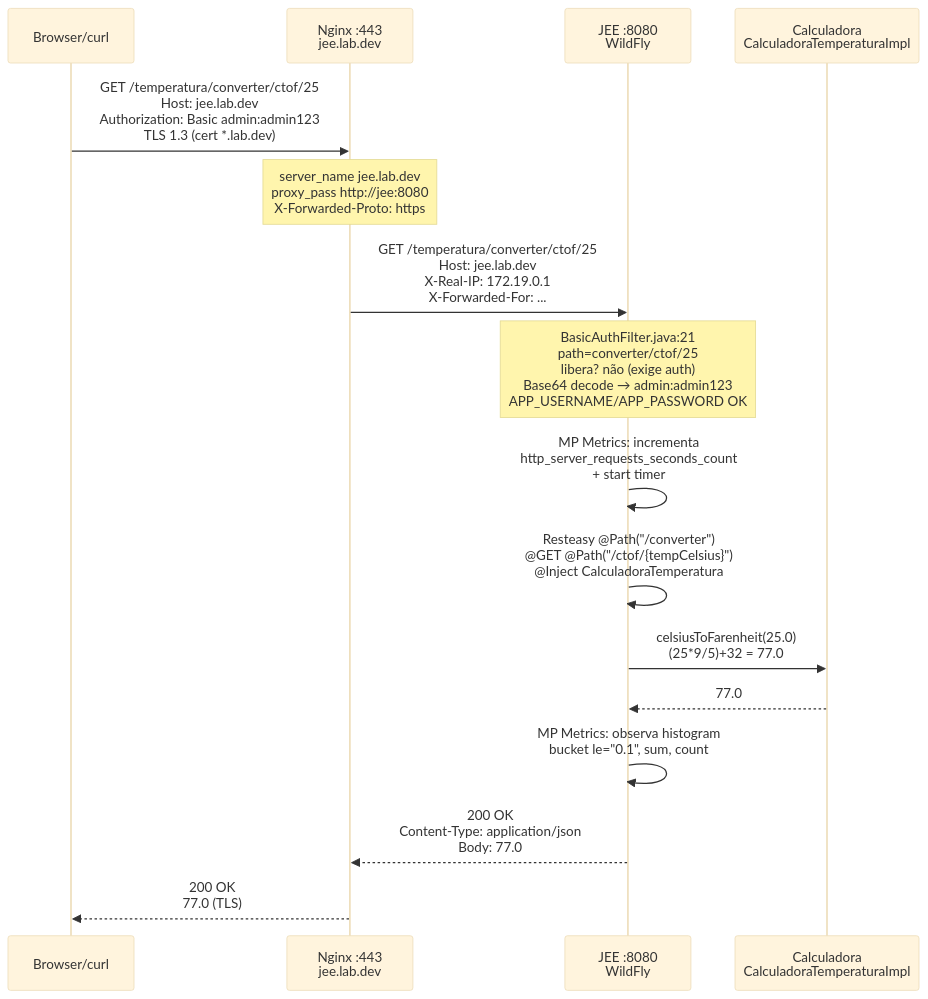
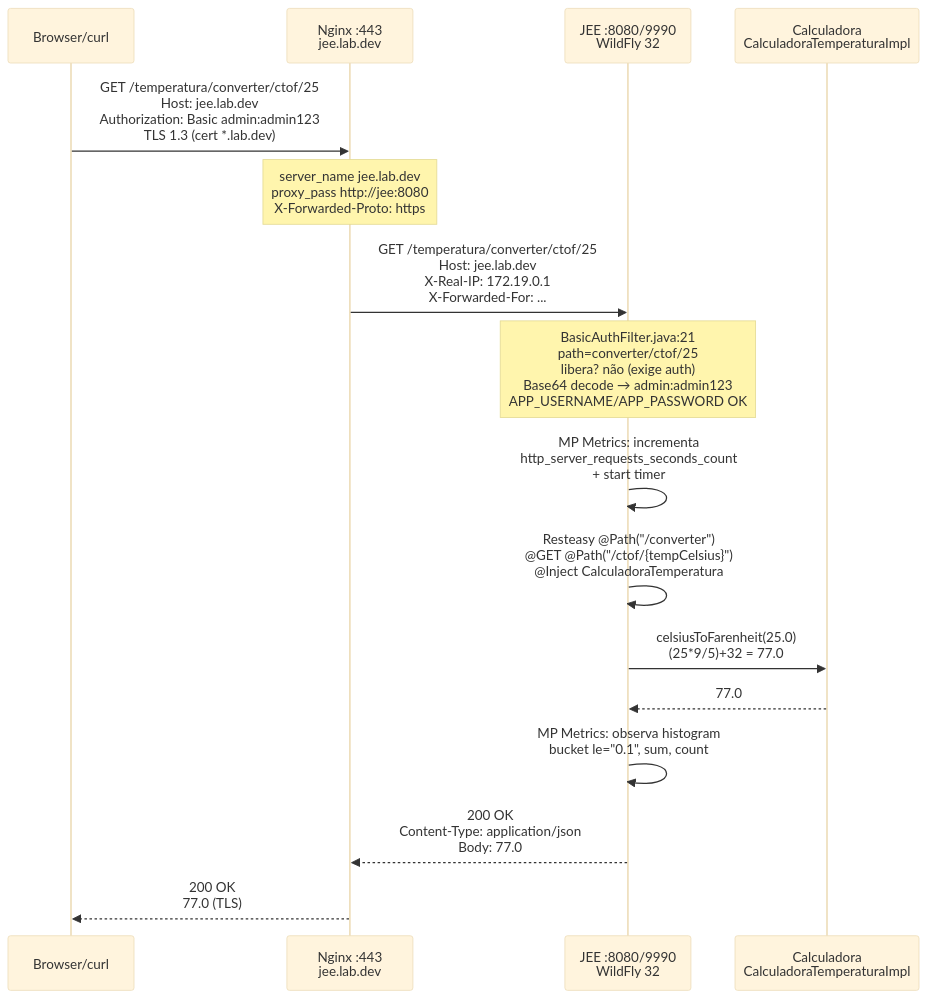
Before and after one commit to marcosnasp/temperatura-converter-jee: the first of 8 diagrams in implantacao/docs/fluxo-comunicacao.md, drawn with Mermaid (base theme). The commit also changed other lines of this file and 10 other files, not shown here.

First line of the commit message:
docs: atualiza WildFly 31 -> 32.0.1 em docker/docs

````diff
--- a/implantacao/docs/fluxo-comunicacao.md
+++ b/implantacao/docs/fluxo-comunicacao.md
@@ -44,19 +44,19 @@
 ```mermaid
 sequenceDiagram
     participant U as Browser/curl
     participant N as Nginx :443<br/>jee.lab.dev
-    participant J as JEE :8080<br/>WildFly
+    participant J as JEE :8080/9990<br/>WildFly 32
     participant C as Calculadora<br/>CalculadoraTemperaturaImpl
 
     U->>N: GET /temperatura/converter/ctof/25<br/>Host: jee.lab.dev<br/>Authorization: Basic admin:admin123<br/>TLS 1.3 (cert *.lab.dev)
     Note over N: server_name jee.lab.dev<br/>proxy_pass http://jee:8080<br/>X-Forwarded-Proto: https
     N->>J: GET /temperatura/converter/ctof/25<br/>Host: jee.lab.dev<br/>X-Real-IP: 172.19.0.1<br/>X-Forwarded-For: ...
     Note over J: BasicAuthFilter.java:21<br/>path=converter/ctof/25<br/>libera? não (exige auth)<br/>Base64 decode → admin:admin123<br/>APP_USERNAME/APP_PASSWORD OK
     J->>J: MP Metrics: incrementa<br/>http_server_requests_seconds_count<br/>+ start timer
     J->>J: Resteasy @Path("/converter")<br/>@GET @Path("/ctof/{tempCelsius}")<br/>@Inject CalculadoraTemperatura
     J->>C: celsiusToFarenheit(25.0)<br/>(25*9/5)+32 = 77.0
     C-->>J: 77.0
     J->>J: MP Metrics: observa histogram<br/>bucket le="0.1", sum, count
     J-->>N: 200 OK<br/>Content-Type: application/json<br/>Body: 77.0
     N-->>U: 200 OK<br/>77.0 (TLS)
 ```
````
